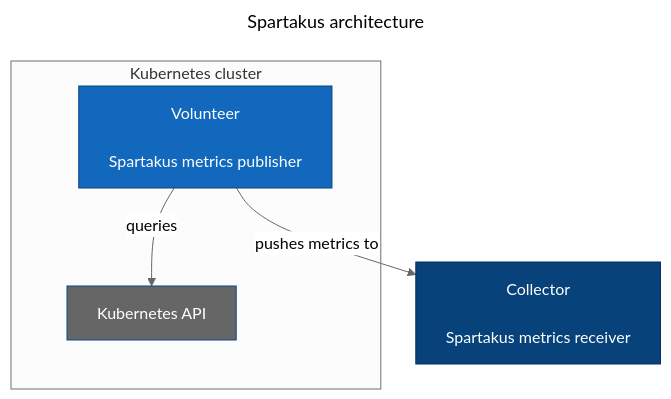
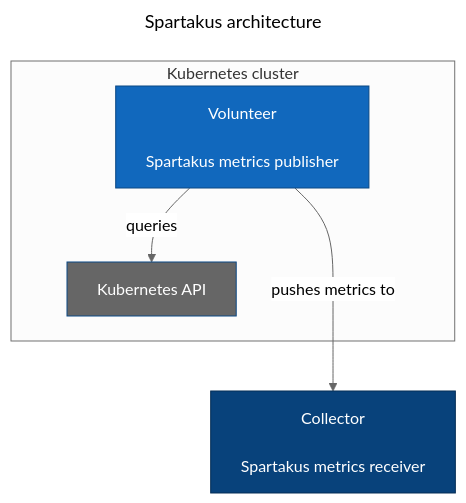
One commit to agrski/agrski.github.io changed the diagram in docs/_drafts/scv2-hodometer-spartakus-container.mmd. Above: the diagram before and after it, drawn with Mermaid (neutral theme).

Commit message:
Adjust rank of collector edge in Spartakus container diagram

```diff
--- a/docs/_drafts/scv2-hodometer-spartakus-container.mmd
+++ b/docs/_drafts/scv2-hodometer-spartakus-container.mmd
@@ -1,21 +1,21 @@
 ---
 title: Spartakus architecture
 ---
 
 flowchart TD
   S["Volunteer\n\nSpartakus metrics publisher"]
   C["Collector\n\nSpartakus metrics receiver"]
   K["Kubernetes API"]
 
   subgraph Kubernetes cluster
     S --> |queries| K
   end
-  S --> |pushes metrics to| C
+  S ---> |pushes metrics to| C
 
   classDef focusSystem      fill:#1168bd,stroke:#0b4884,color:#ffffff
   classDef supportingSystem fill:#666,stroke:#0b4884,color:#ffffff
   classDef consumingSystem  fill:#08427b,stroke:#052e56,color:#ffffff
 
   class S focusSystem
   class C consumingSystem
   class K supportingSystem
```
